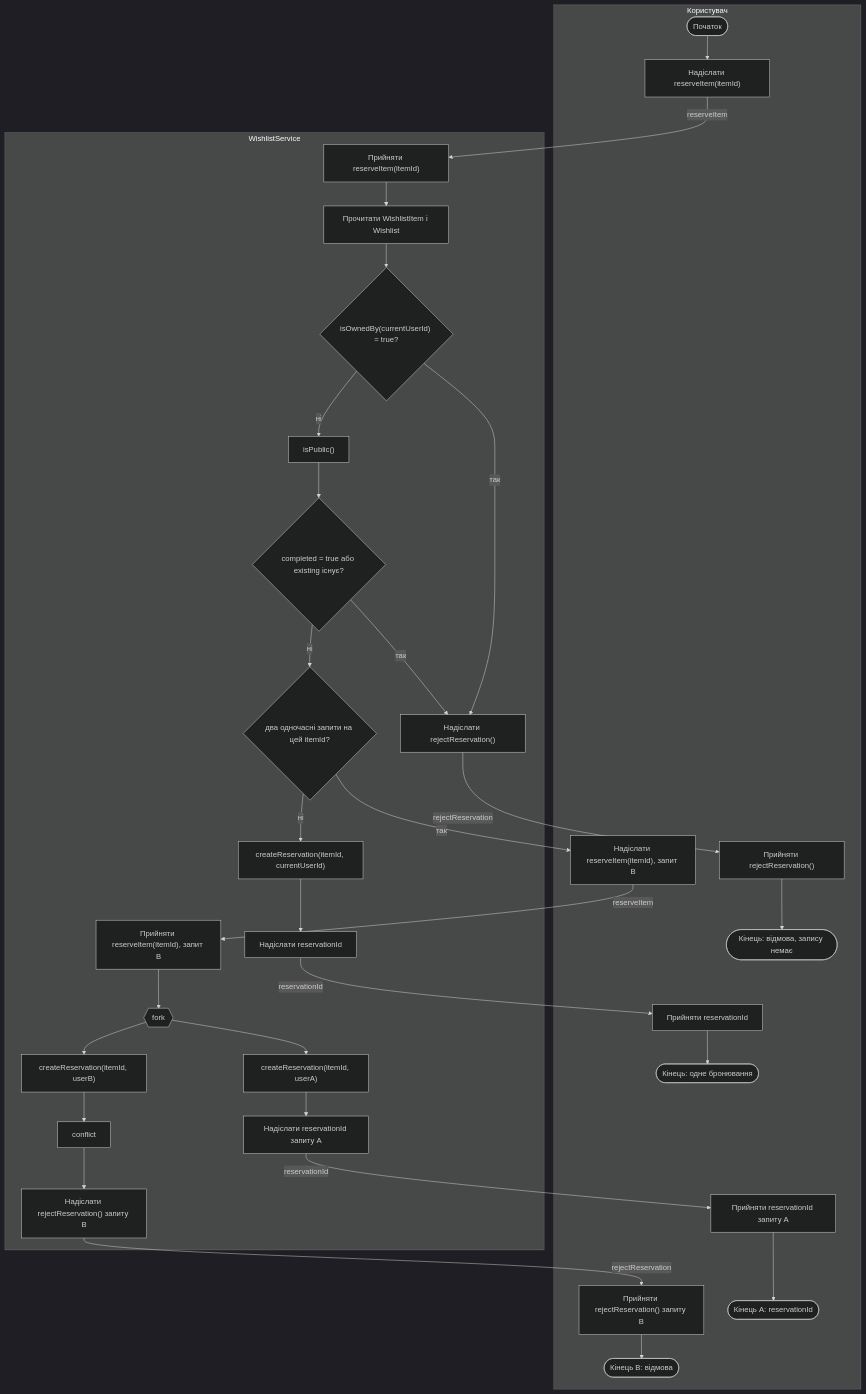
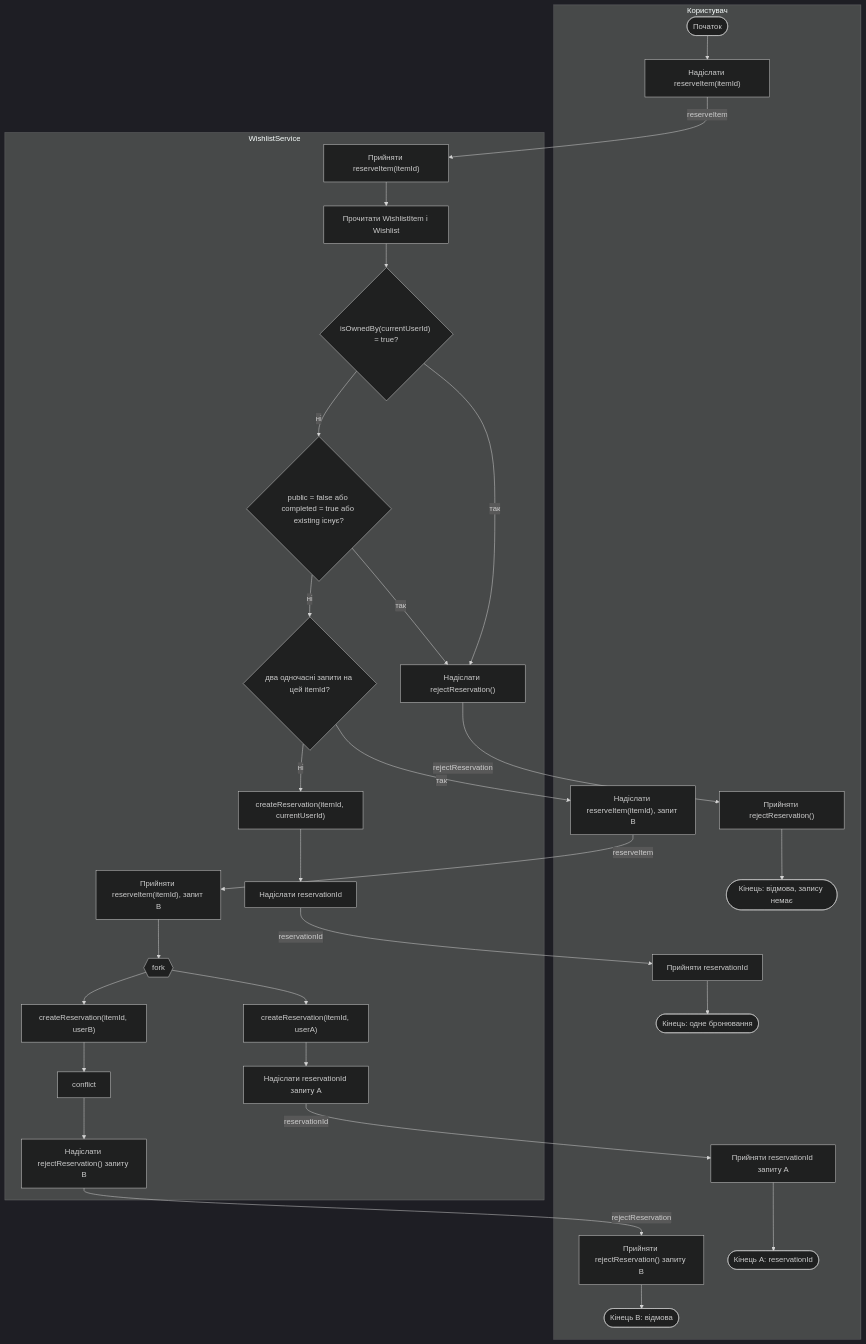
One commit to mariiahosp/kpi-labs changed the diagram in lab4/reserve-item-activity.md. Above: the diagram before and after it, drawn with Mermaid (dark theme).

Commit message:
lab4: fix: reject reservation of a private wishlist item

````diff
--- a/lab4/reserve-item-activity.md
+++ b/lab4/reserve-item-activity.md
@@ -1,54 +1,52 @@
 ```mermaid
 flowchart TD
   subgraph userLane ["Користувач"]
     start([Початок])
     sendA["Надіслати reserveItem(itemId)"]
     sendB["Надіслати reserveItem(itemId), запит B"]
     takeId["Прийняти reservationId"]
     takeNo["Прийняти rejectReservation()"]
     takeIdA["Прийняти reservationId запиту A"]
     takeNoB["Прийняти rejectReservation() запиту B"]
     endOk([Кінець: одне бронювання])
     endNo([Кінець: відмова, запису немає])
     endA([Кінець A: reservationId])
     endB([Кінець B: відмова])
   end
 
   subgraph serviceLane ["WishlistService"]
     takeReq["Прийняти reserveItem(itemId)"]
     takeReqB["Прийняти reserveItem(itemId), запит B"]
     read["Прочитати WishlistItem і Wishlist"]
-    pub["isPublic()"]
     own{"isOwnedBy(currentUserId) = true?"}
-    guard{"completed = true або existing існує?"}
+    guard{"public = false або completed = true або existing існує?"}
     two{"два одночасні запити на цей itemId?"}
     createOne["createReservation(itemId, currentUserId)"]
     sendNo["Надіслати rejectReservation()"]
     sendId["Надіслати reservationId"]
     fork{{"fork"}}
     createA["createReservation(itemId, userA)"]
     createB["createReservation(itemId, userB)"]
     conflictB["conflict"]
     sendIdA["Надіслати reservationId запиту A"]
     sendNoB["Надіслати rejectReservation() запиту B"]
   end
 
   start --> sendA
   sendA -->|reserveItem| takeReq
   takeReq --> read --> own
   own -->|так| sendNo
-  own -->|ні| pub
-  pub --> guard
+  own -->|ні| guard
   guard -->|так| sendNo
   guard -->|ні| two
   sendNo -->|rejectReservation| takeNo --> endNo
   two -->|ні| createOne --> sendId
   sendId -->|reservationId| takeId --> endOk
   two -->|так| sendB
   sendB -->|reserveItem| takeReqB --> fork
   fork --> createA --> sendIdA
   fork --> createB --> conflictB --> sendNoB
   sendIdA -->|reservationId| takeIdA --> endA
   sendNoB -->|rejectReservation| takeNoB --> endB
 
 ```
````
